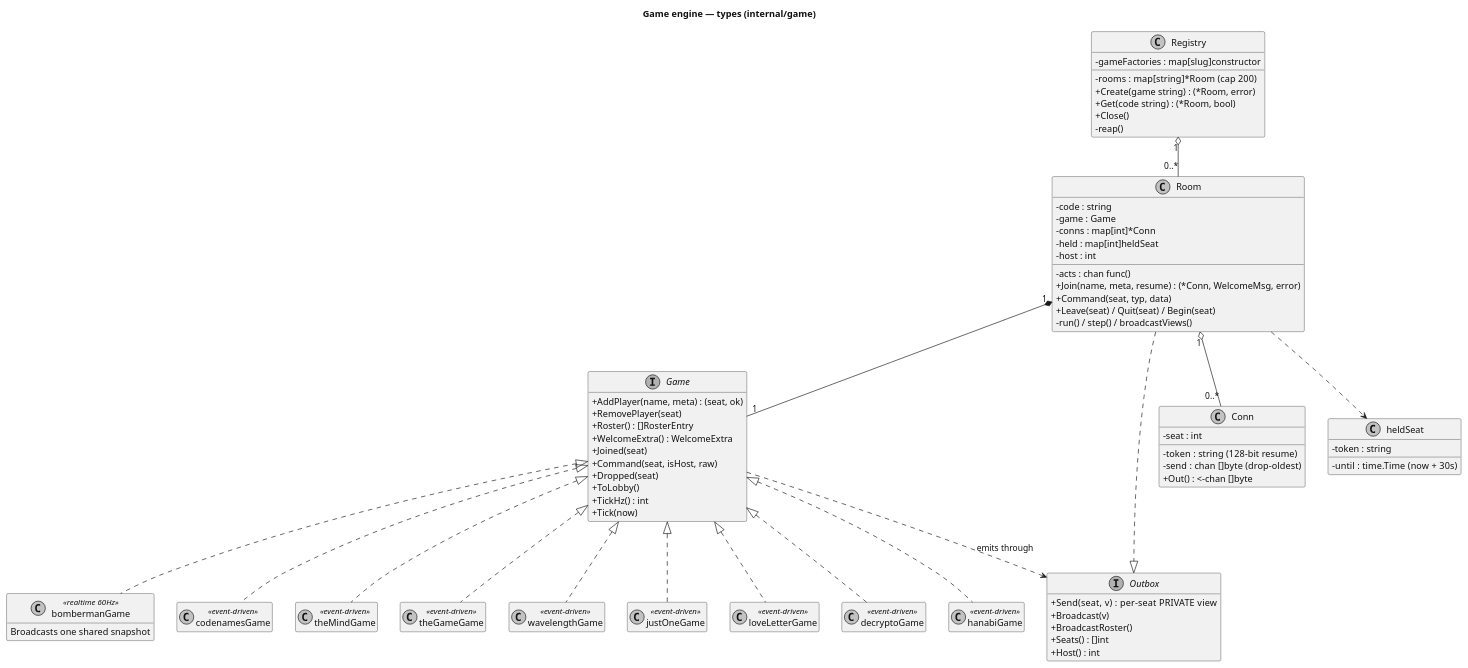
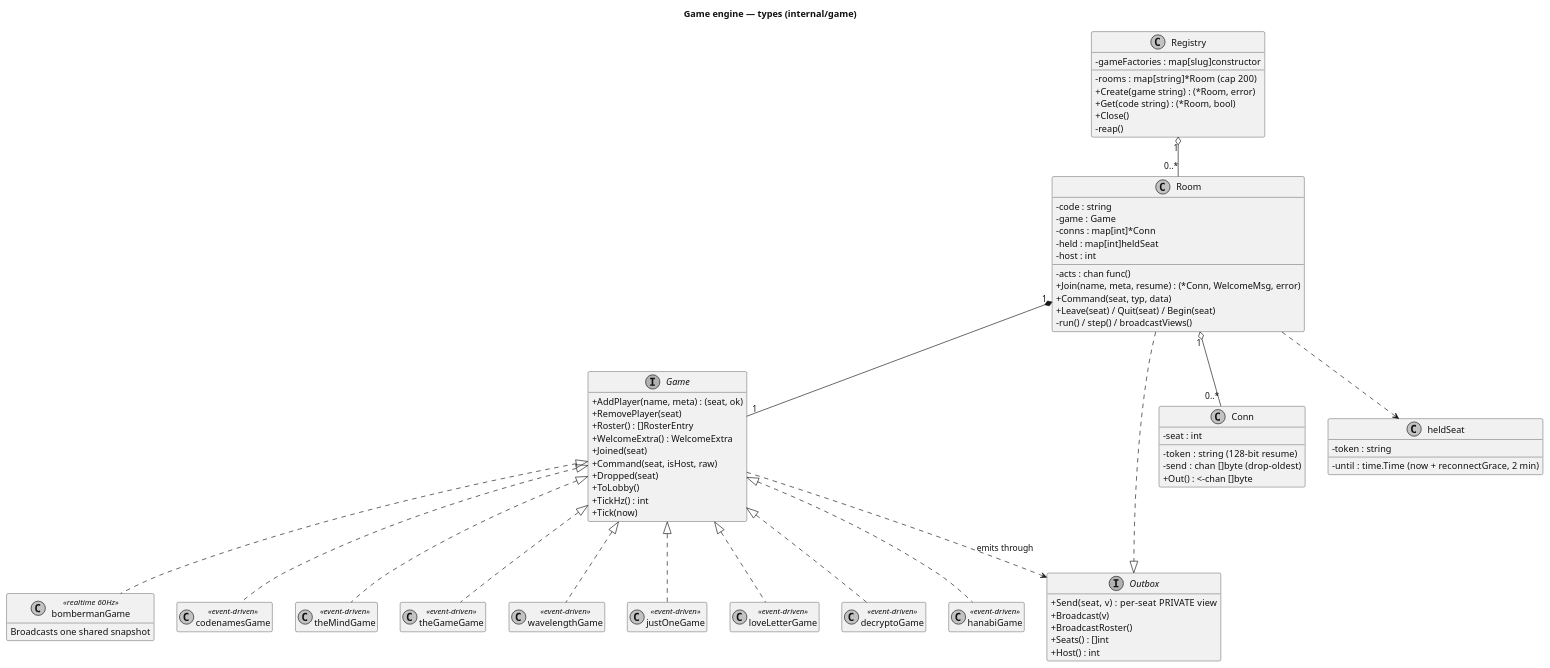
One commit to Niklasvdm/TotemAppIT changed the first of 5 diagrams in docs/games-architecture.md. Above: the diagram before and after it, drawn with PlantUML. The commit also changed other lines of this file and 21 other files, not shown here.

```diff
--- a/docs/games-architecture.md
+++ b/docs/games-architecture.md
@@ -102,7 +102,7 @@
 
 class heldSeat {
   -token : string
-  -until : time.Time  (now + 30s)
+  -until : time.Time  (now + reconnectGrace, 2 min)
 }
 
 class bombermanGame <<realtime 60Hz>> {
```
